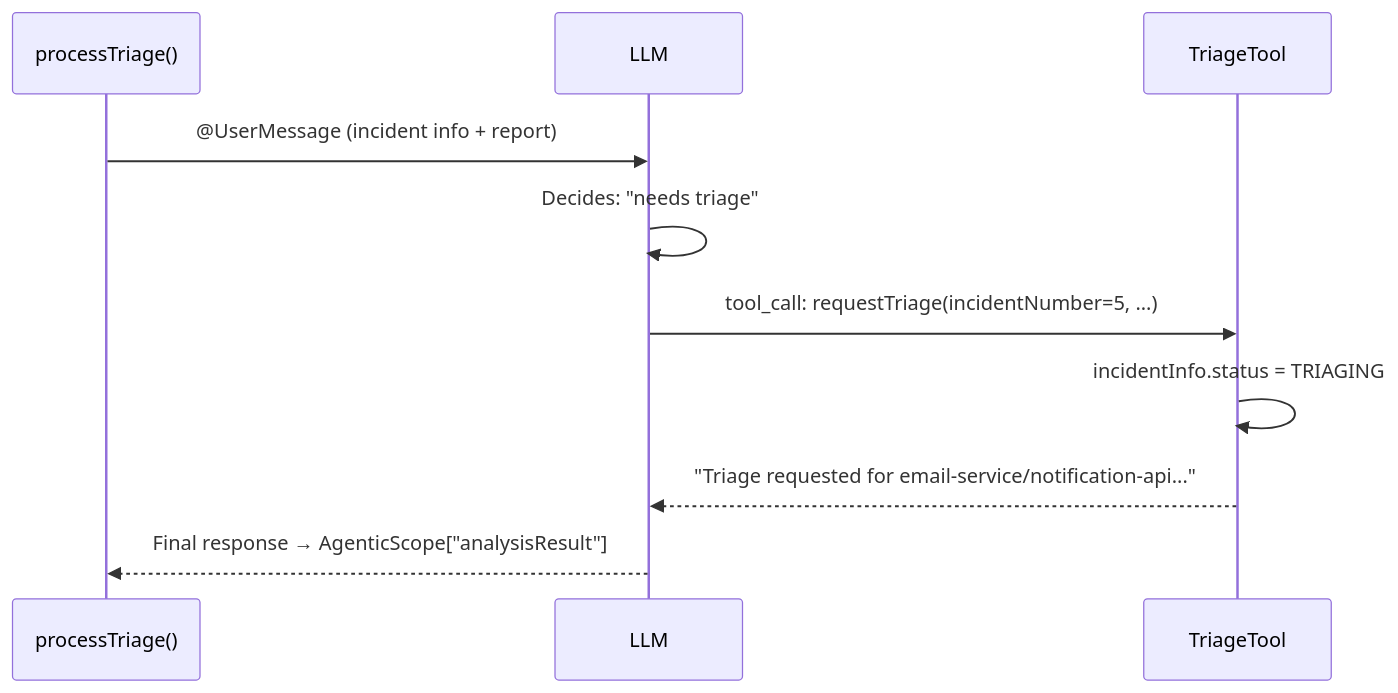
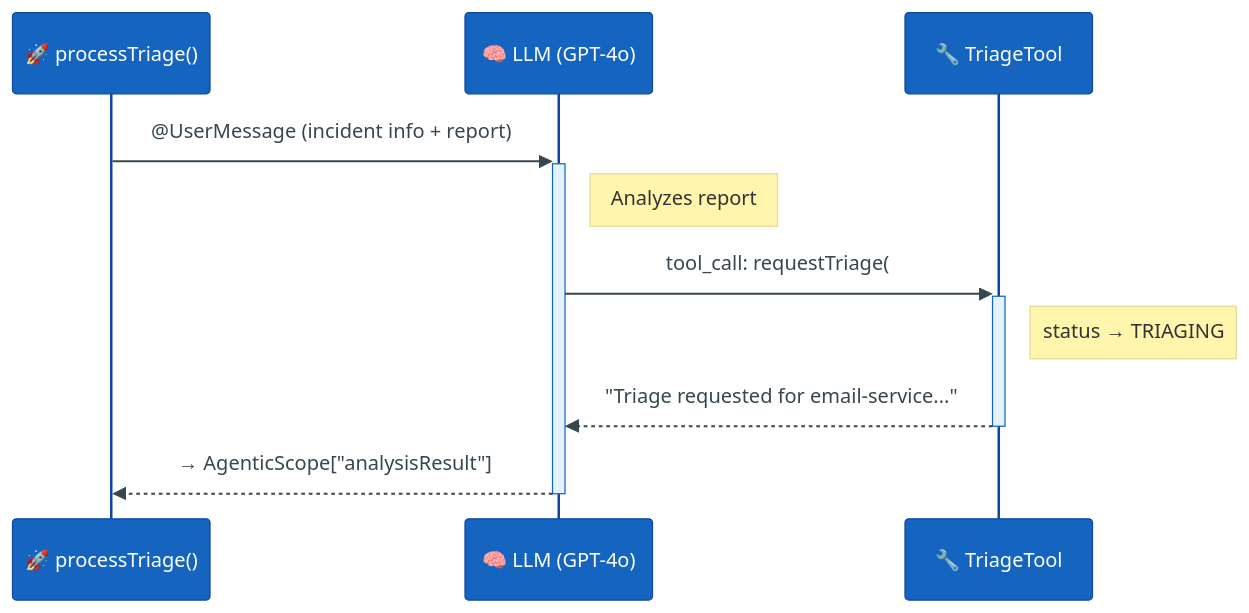
Before and after one commit to danieloh30/techxchange-2026-quarkus-bob-lab: the diagram in docs/01-first-agent/START_HERE.md, drawn with Mermaid. The commit also changed 5 other files, not shown here.

First line of the commit message:
docs: restyle all Mermaid charts with color-coded nodes and icons

````diff
--- a/docs/01-first-agent/START_HERE.md
+++ b/docs/01-first-agent/START_HERE.md
@@ -141,13 +141,14 @@
 ```mermaid
+%%{init: {'theme': 'base', 'themeVariables': {'actorBkg': '#1565c0', 'actorTextColor': '#fff', 'actorBorder': '#0d47a1', 'signalColor': '#37474f', 'signalTextColor': '#37474f', 'activationBkgColor': '#e3f2fd', 'activationBorderColor': '#1565c0'}}}%%
 sequenceDiagram
-    participant App as processTriage()
-    participant LLM as LLM
-    participant Tool as TriageTool
+    participant App as 🚀 processTriage()
+    participant LLM as 🧠 LLM (GPT-4o)
+    participant Tool as 🔧 TriageTool
 
-    App->>LLM: @UserMessage (incident info + report)
-    LLM->>LLM: Decides: "needs triage"
-    LLM->>Tool: tool_call: requestTriage(incidentNumber=5, ...)
-    Tool->>Tool: incidentInfo.status = TRIAGING
-    Tool-->>LLM: "Triage requested for email-service/notification-api..."
-    LLM-->>App: Final response → AgenticScope["analysisResult"]
+    App->>+LLM: @UserMessage (incident info + report)
+    Note right of LLM: Analyzes report
+    LLM->>+Tool: tool_call: requestTriage(#5, ...)
+    Note right of Tool: status → TRIAGING
+    Tool-->>-LLM: "Triage requested for email-service..."
+    LLM-->>-App: → AgenticScope["analysisResult"]
 ```
````
